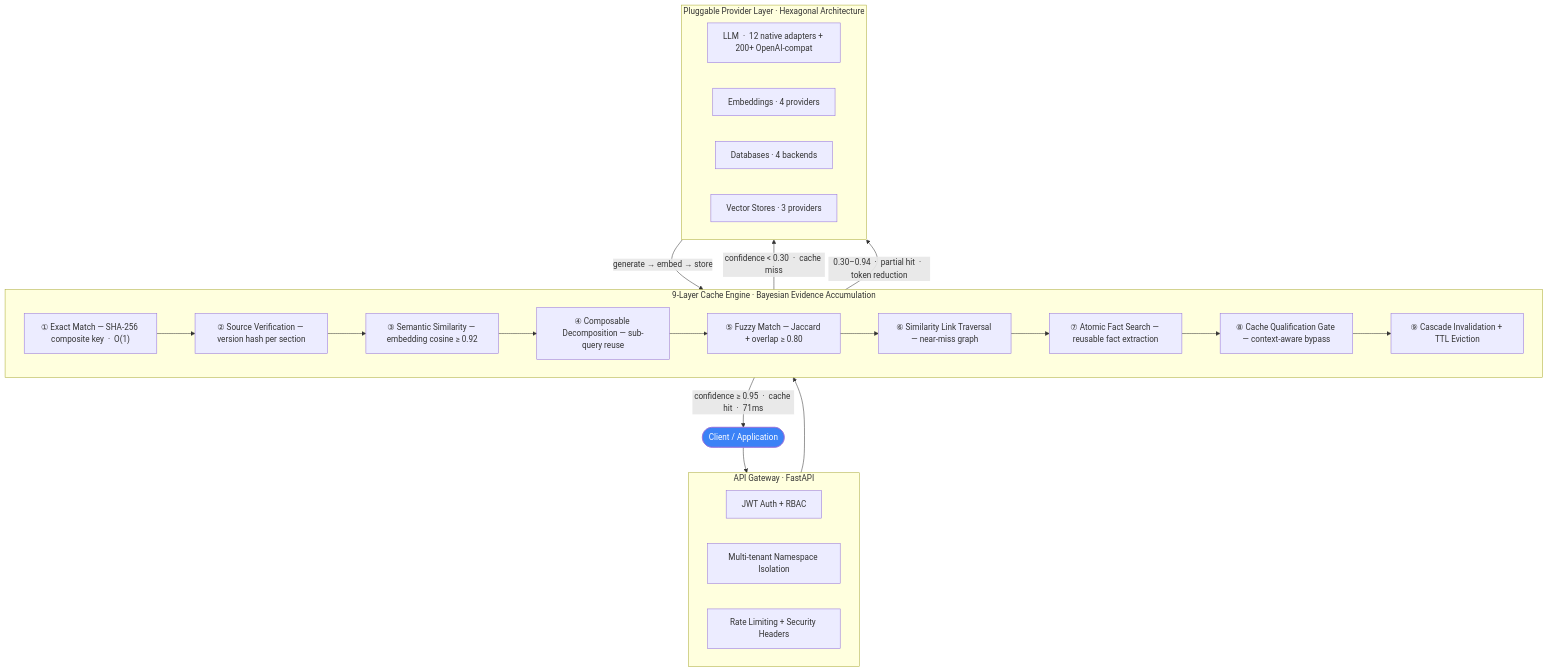
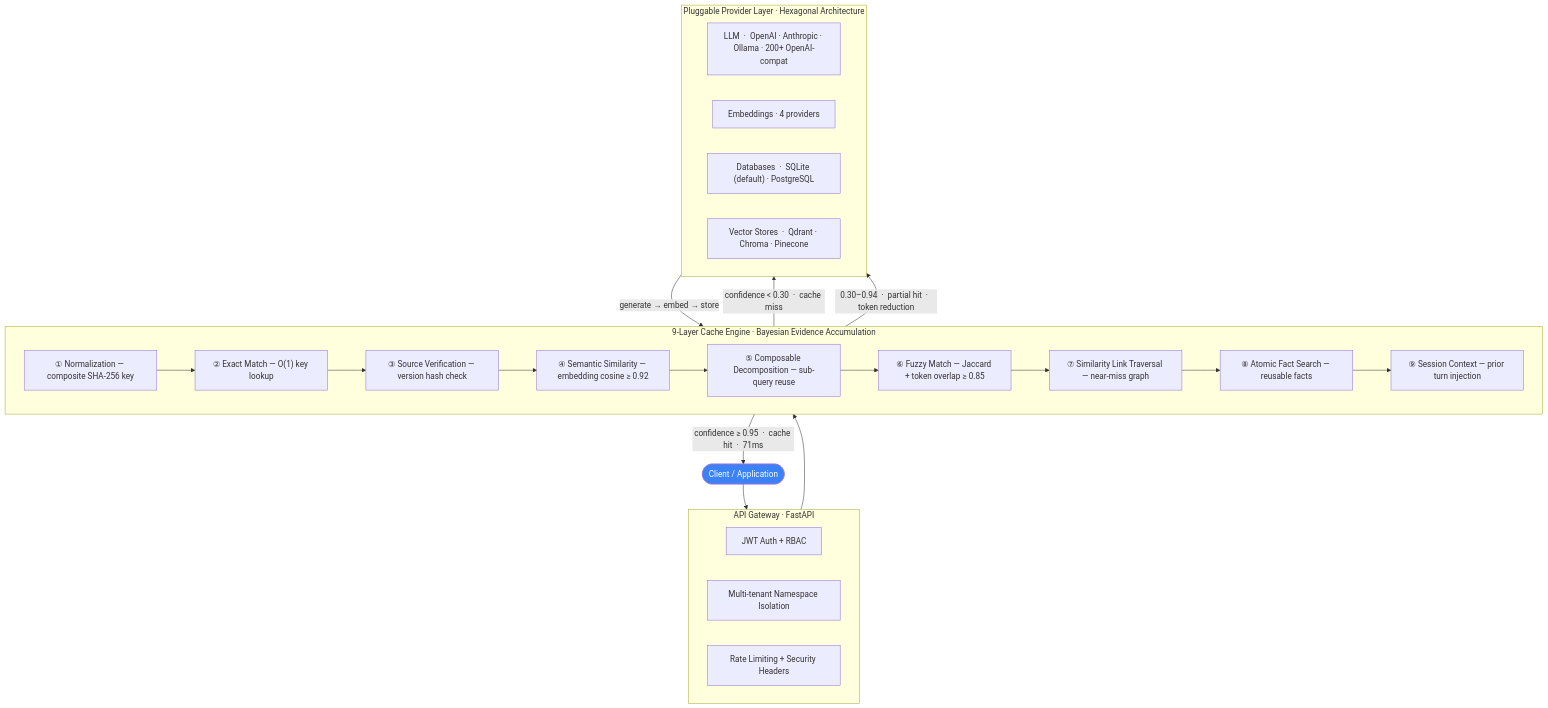
Before and after one commit to DeepanjayNandal/BitMod--AI-Inference-Cache-Semantic-Reuse-Engine: the diagram in README.md, drawn with Mermaid. The commit also changed other lines of this file, not shown here.

First line of the commit message:
simplify README: fix diagram, trim provider list, add limitations

````diff
--- a/README.md
+++ b/README.md
@@ -26,38 +26,38 @@
 ```mermaid
 flowchart TD
     A(["Client / Application"])
 
     subgraph gw ["API Gateway  ·  FastAPI"]
         G1["JWT Auth + RBAC"]
         G2["Multi-tenant Namespace Isolation"]
         G3["Rate Limiting + Security Headers"]
     end
 
     subgraph ce ["9-Layer Cache Engine  ·  Bayesian Evidence Accumulation"]
-        C1["① Exact Match — SHA-256 composite key  ·  O(1)"]
-        C2["② Source Verification — version hash per section"]
-        C3["③ Semantic Similarity — embedding cosine ≥ 0.92"]
-        C4["④ Composable Decomposition — sub-query reuse"]
-        C5["⑤ Fuzzy Match — Jaccard + overlap ≥ 0.80"]
-        C6["⑥ Similarity Link Traversal — near-miss graph"]
-        C7["⑦ Atomic Fact Search — reusable fact extraction"]
-        C8["⑧ Cache Qualification Gate — context-aware bypass"]
-        C9["⑨ Cascade Invalidation + TTL Eviction"]
-        C1 --> C2 --> C3 --> C4 --> C5 --> C6 --> C7 --> C8 --> C9
+        C0["① Normalization — composite SHA-256 key"]
+        C1["② Exact Match — O(1) key lookup"]
+        C2["③ Source Verification — version hash check"]
+        C3["④ Semantic Similarity — embedding cosine ≥ 0.92"]
+        C4["⑤ Composable Decomposition — sub-query reuse"]
+        C5["⑥ Fuzzy Match — Jaccard + token overlap ≥ 0.85"]
+        C6["⑦ Similarity Link Traversal — near-miss graph"]
+        C7["⑧ Atomic Fact Search — reusable facts"]
+        C8["⑨ Session Context — prior turn injection"]
+        C0 --> C1 --> C2 --> C3 --> C4 --> C5 --> C6 --> C7 --> C8
     end
 
     subgraph p ["Pluggable Provider Layer  ·  Hexagonal Architecture"]
-        P1["LLM  ·  12 native adapters + 200+ OpenAI-compat"]
+        P1["LLM  ·  OpenAI · Anthropic · Ollama · 200+ OpenAI-compat"]
         P2["Embeddings  ·  4 providers"]
-        P3["Databases  ·  4 backends"]
-        P4["Vector Stores  ·  3 providers"]
+        P3["Databases  ·  SQLite (default) · PostgreSQL"]
+        P4["Vector Stores  ·  Qdrant · Chroma · Pinecone"]
     end
 
     A --> gw --> ce
     ce -->|"confidence ≥ 0.95  ·  cache hit  ·  71ms" | A
     ce -->|"confidence < 0.30  ·  cache miss"| p
     ce -->|"0.30–0.94  ·  partial hit  ·  token reduction"| p
     p -->|"generate → embed → store"| ce
 
     style A fill:#3b82f6,color:#fff
 ```
````
